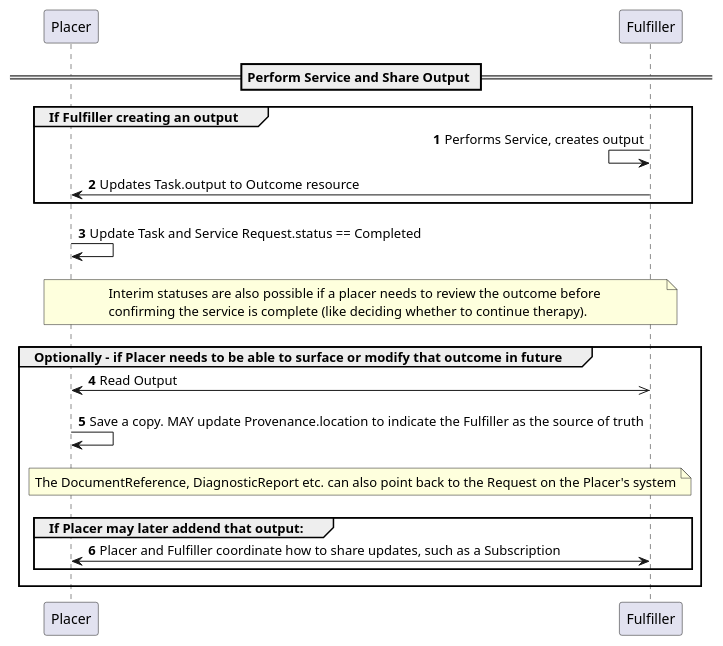
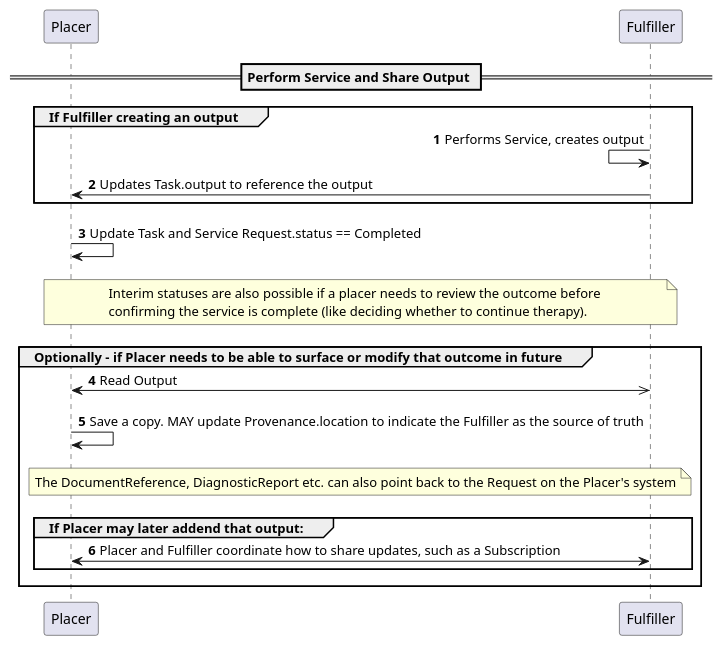
One commit to HL7/fhir-cow-ig changed the diagram in input/images-source/share-outputs.plantuml. Above: the diagram before and after it, drawn with PlantUML.

```diff
--- a/input/images-source/share-outputs.plantuml
+++ b/input/images-source/share-outputs.plantuml
@@ -1,38 +1,37 @@
 @startuml
 autonumber
-
 participant Placer order 10
 
 participant Fulfiller order 20
 
 == Perform Service and Share Output == 
 group If Fulfiller creating an output
     Fulfiller <- Fulfiller: Performs Service, creates output
-    Fulfiller -> Placer: Updates Task.output to Outcome resource 
+    Fulfiller -> Placer: Updates Task.output to reference the output 
     end
 ||10||
 Placer -> Placer: Update Task and Service Request.status == Completed
 ||10||
 
 note over Placer, Fulfiller
     Interim statuses are also possible if a placer needs to review the outcome before 
     confirming the service is complete (like deciding whether to continue therapy). 
     endnote
 ||10||
     
 group Optionally - if Placer needs to be able to surface or modify that outcome in future
     Placer <->> Fulfiller: Read Output 
 ||10||
     Placer -> Placer: Save a copy. MAY update Provenance.location to indicate the Fulfiller as the source of truth
 
 ||10||
     note over Placer, Fulfiller
     The DocumentReference, DiagnosticReport etc. can also point back to the Request on the Placer's system
     endnote
 ||10||
     group If Placer may later addend that output:
     Placer <-> Fulfiller: Placer and Fulfiller coordinate how to share updates, such as a Subscription
     end
 ||10||
     end
 @enduml
```
